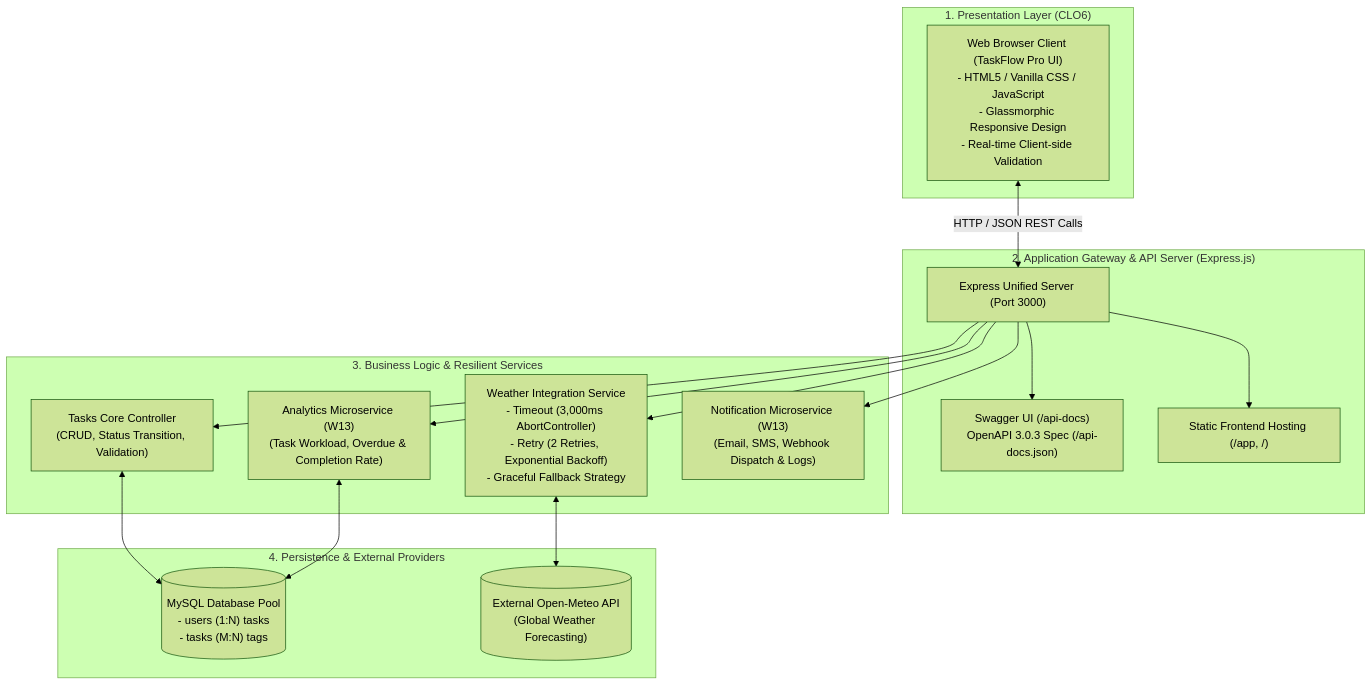
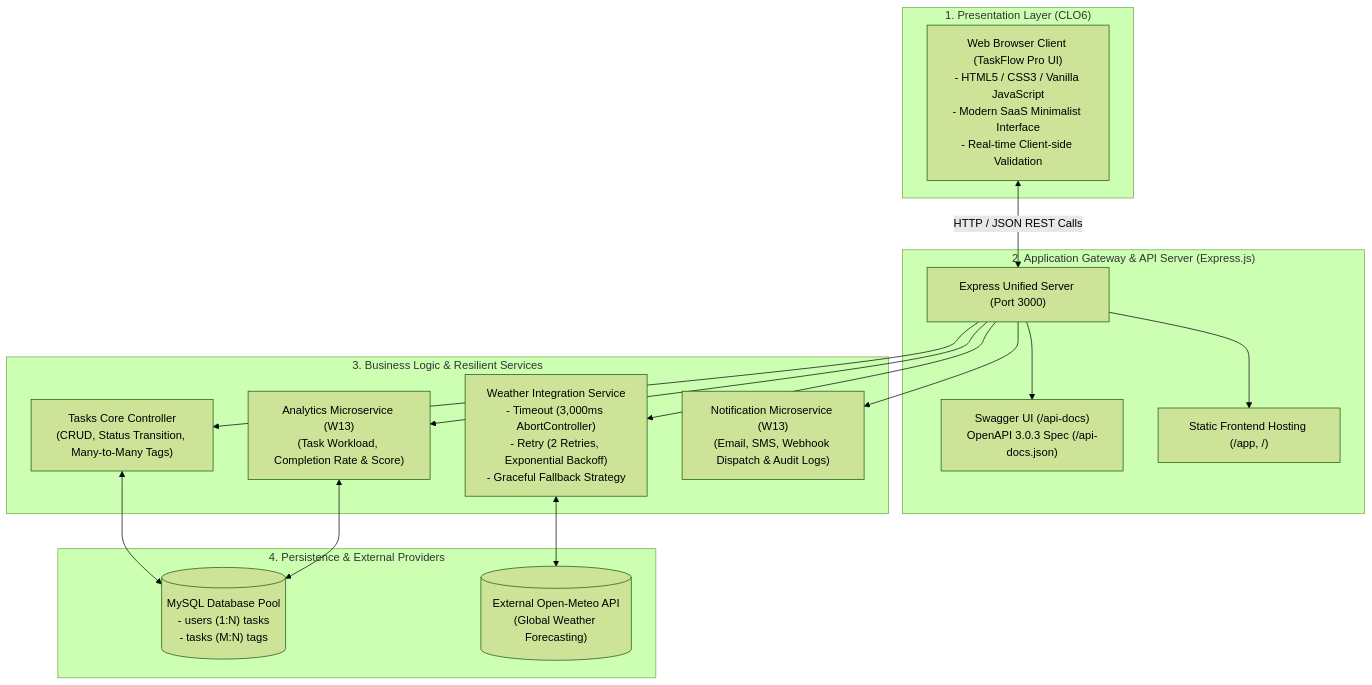
One commit to 67160191/Project_API changed the diagram in wk-03.md. Above: the diagram before and after it, drawn with Mermaid (forest theme). The commit also changed other lines of this file and 56 other files, not shown here.

Commit message:
feat: add TaskFlow client frontend application logic with API integration

````diff
--- a/wk-03.md
+++ b/wk-03.md
@@ -49,36 +49,36 @@
 ```mermaid
 graph TB
     subgraph ClientLayer ["1. Presentation Layer (CLO6)"]
-        UI["Web Browser Client (TaskFlow Pro UI)\n- HTML5 / Vanilla CSS / JavaScript\n- Glassmorphic Responsive Design\n- Real-time Client-side Validation"]
+        UI["Web Browser Client (TaskFlow Pro UI)\n- HTML5 / CSS3 / Vanilla JavaScript\n- Modern SaaS Minimalist Interface\n- Real-time Client-side Validation"]
     end
 
     subgraph GatewayLayer ["2. Application Gateway & API Server (Express.js)"]
         Router["Express Unified Server (Port 3000)"]
         Docs["Swagger UI (/api-docs)\nOpenAPI 3.0.3 Spec (/api-docs.json)"]
         StaticServe["Static Frontend Hosting (/app, /)"]
     end
 
     subgraph ServiceLayer ["3. Business Logic & Resilient Services"]
-        TaskCore["Tasks Core Controller\n(CRUD, Status Transition, Validation)"]
+        TaskCore["Tasks Core Controller\n(CRUD, Status Transition, Many-to-Many Tags)"]
         WeatherResilience["Weather Integration Service\n- Timeout (3,000ms AbortController)\n- Retry (2 Retries, Exponential Backoff)\n- Graceful Fallback Strategy"]
-        AnalyticsMS["Analytics Microservice (W13)\n(Task Workload, Overdue & Completion Rate)"]
-        NotifyMS["Notification Microservice (W13)\n(Email, SMS, Webhook Dispatch & Logs)"]
+        AnalyticsMS["Analytics Microservice (W13)\n(Task Workload, Completion Rate & Score)"]
+        NotifyMS["Notification Microservice (W13)\n(Email, SMS, Webhook Dispatch & Audit Logs)"]
     end
 
     subgraph DataLayer ["4. Persistence & External Providers"]
         MySQL[("MySQL Database Pool\n- users (1:N) tasks\n- tasks (M:N) tags")]
         ExtWeather[("External Open-Meteo API\n(Global Weather Forecasting)")]
     end
 
     UI <-->|HTTP / JSON REST Calls| Router
     Router --> StaticServe
     Router --> Docs
     Router --> TaskCore
     Router --> WeatherResilience
     Router --> AnalyticsMS
     Router --> NotifyMS
 
     TaskCore <--> MySQL
     WeatherResilience <--> ExtWeather
     AnalyticsMS <--> MySQL
 ```
````
